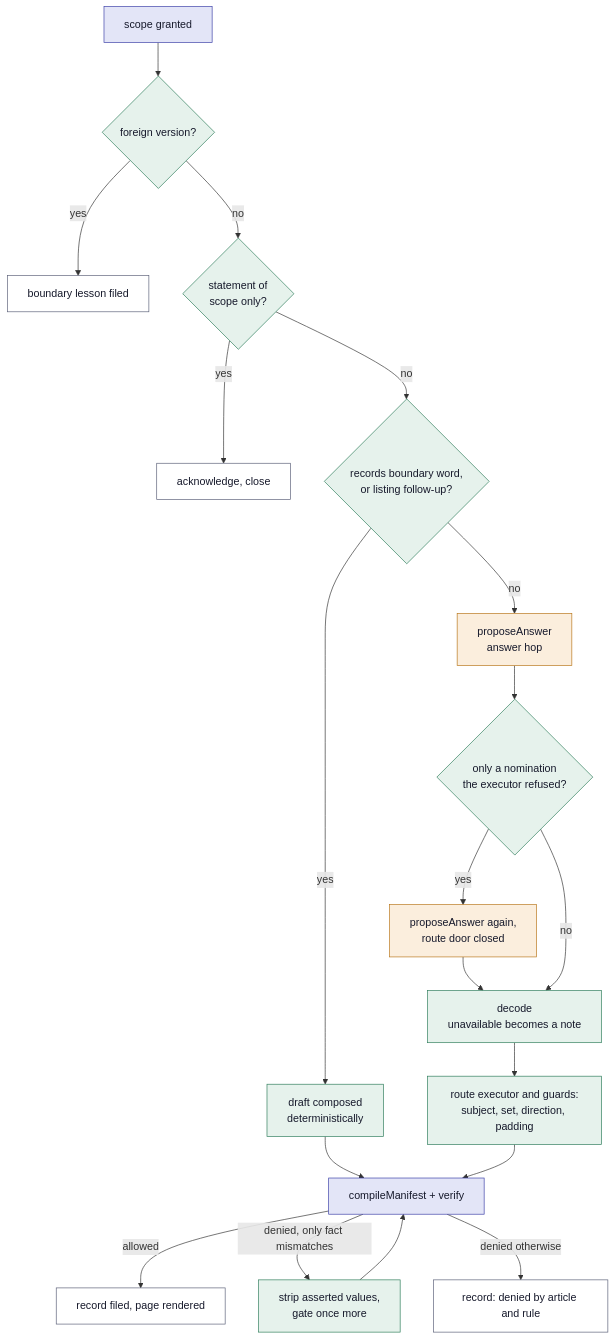
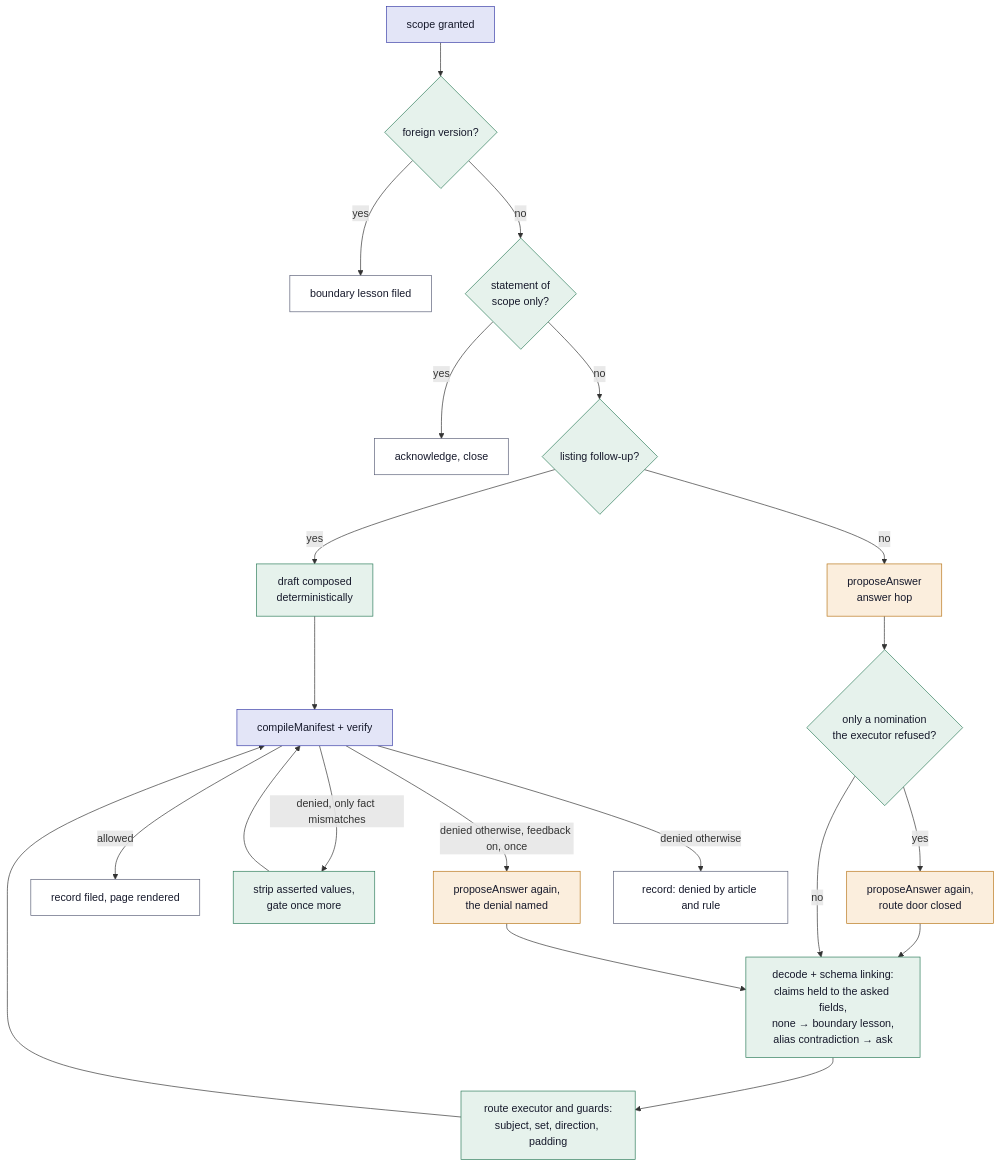
Before and after one commit to TwoCoastLabs/regulated-pokemon: the third of 4 diagrams in docs/session-flow.md, drawn with Mermaid. The commit also changed other lines of this file and 20 other files, not shown here.

````diff
--- a/docs/session-flow.md
+++ b/docs/session-flow.md
@@ -115,23 +120,24 @@
 ```mermaid
 flowchart TD
     classDef det fill:#e6f2ec,stroke:#2e7d5b,color:#16192b
     classDef model fill:#fbeedd,stroke:#b8761a,color:#16192b
     classDef kernel fill:#e3e5f7,stroke:#3b3fa8,color:#16192b
     classDef out fill:#ffffff,stroke:#5b6078,color:#16192b
 
     G[scope granted]:::kernel --> F{foreign version?}:::det
     F -- yes --> F1[boundary lesson filed]:::out
     F -- no --> P{statement of<br/>scope only?}:::det
     P -- yes --> P1[acknowledge, close]:::out
-    P -- no --> B{records boundary word,<br/>or listing follow-up?}:::det
+    P -- no --> B{listing follow-up?}:::det
     B -- yes --> B1[draft composed<br/>deterministically]:::det --> V
     B -- no --> M3[proposeAnswer<br/>answer hop]:::model
     M3 --> RF{only a nomination<br/>the executor refused?}:::det
     RF -- yes --> M4[proposeAnswer again,<br/>route door closed]:::model --> D
-    RF -- no --> D[decode<br/>unavailable becomes a note]:::det
+    RF -- no --> D[decode + schema linking:<br/>claims held to the asked fields,<br/>none → boundary lesson,<br/>alias contradiction → ask]:::det
     D --> E[route executor and guards:<br/>subject, set, direction, padding]:::det
     E --> V[compileManifest + verify]:::kernel
     V -- allowed --> OK[record filed, page rendered]:::out
     V -- denied, only fact mismatches --> REP[strip asserted values,<br/>gate once more]:::det --> V
+    V -- denied otherwise, feedback on, once --> FB[proposeAnswer again,<br/>the denial named]:::model --> D
     V -- denied otherwise --> DN[record: denied by article and rule]:::out
 ```
````
